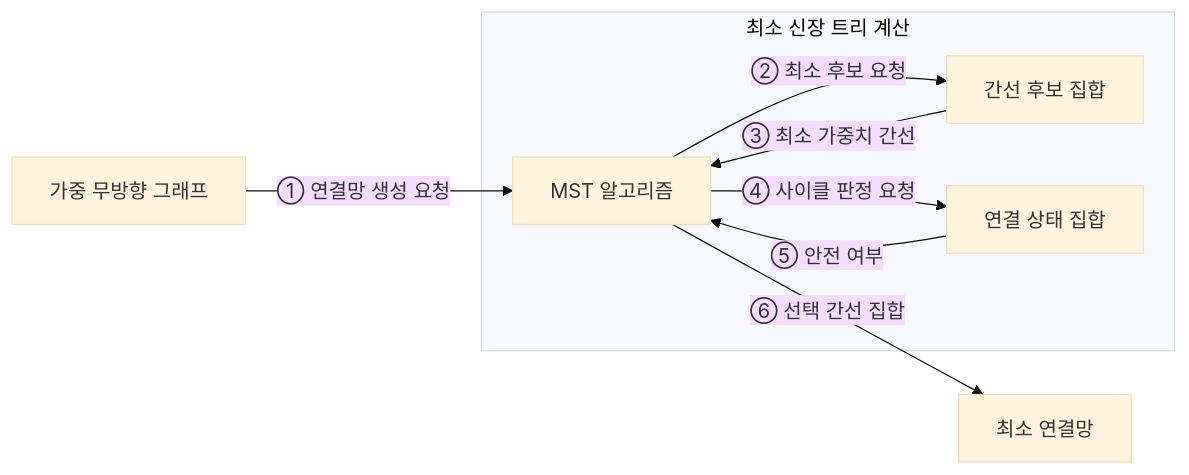
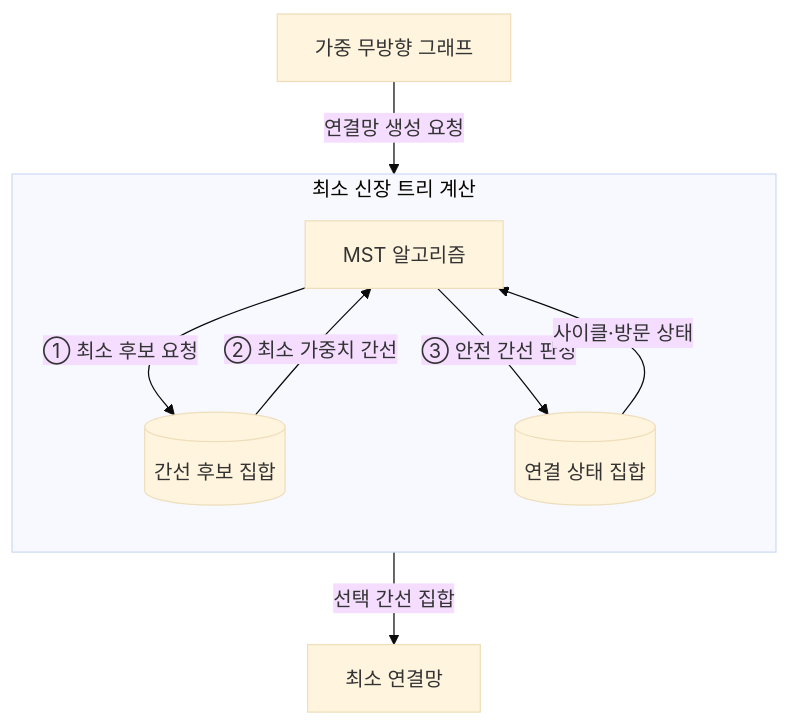
Before and after one commit to agnusdei1207/knowledge-base: the second of 3 diagrams in src/content/docs/notes/01-basic-theory/012_minimum_spanning_tree.md, drawn with Mermaid (base theme). The commit also changed other lines of this file and 18 other files, not shown here.

Commit message:
docs: revise basic theory notes 001-020 diagrams

````diff
--- a/src/content/docs/notes/01-basic-theory/012_minimum_spanning_tree.md
+++ b/src/content/docs/notes/01-basic-theory/012_minimum_spanning_tree.md
@@ -62,11 +74,16 @@
 ```mermaid
-flowchart LR
-    G[가중 무방향 그래프] -->|① 연결망 생성 요청| A
+flowchart TB
+    G[가중 무방향 그래프]
     subgraph M[최소 신장 트리 계산]
-        A[MST 알고리즘] -->|② 최소 후보 요청| Q[간선 후보 집합]
-        Q -->|③ 최소 가중치 간선| A
-        A -->|④ 사이클 판정 요청| S[연결 상태 집합]
-        S -->|⑤ 안전 여부| A
+        direction TB
+        A[MST 알고리즘]
+        C[(간선 후보 집합)]
+        S[(연결 상태 집합)]
+        A -->|① 최소 후보 요청| C
+        C -->|② 최소 가중치 간선| A
+        A -->|③ 안전 간선 판정| S
+        S -->|사이클·방문 상태| A
     end
-    A -->|⑥ 선택 간선 집합| O[최소 연결망]
+    G -->|연결망 생성 요청| A
+    A -->|선택 간선 집합| O[최소 연결망]
 ```
````
